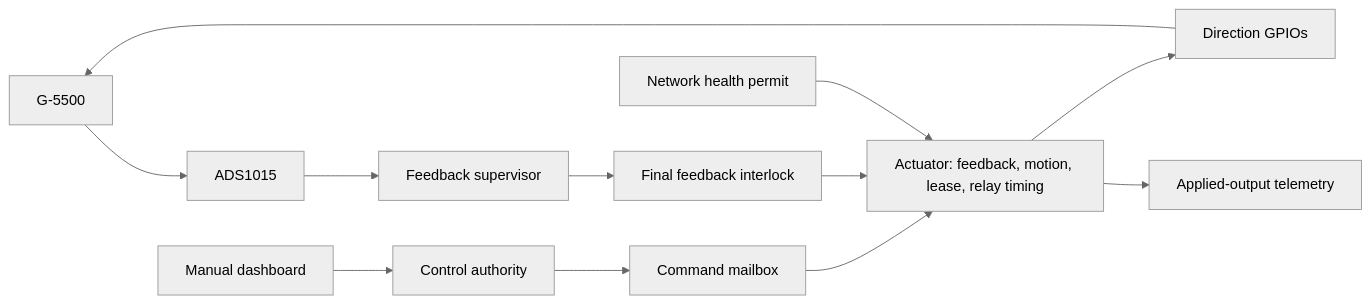
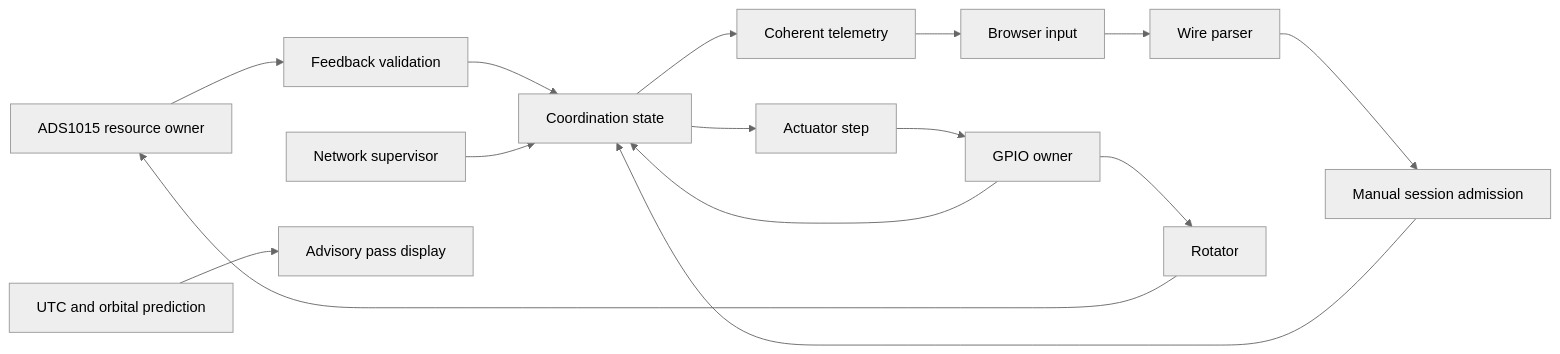
One commit to tteggel/ezal changed the diagram in docs/ARCHITECTURE.md. Above: the diagram before and after it, drawn with Mermaid (neutral theme). The commit also changed other lines of this file and 24 other files, not shown here.

Commit message:
Privatize relay policy and document the final control layers

````diff
--- a/docs/ARCHITECTURE.md
+++ b/docs/ARCHITECTURE.md
@@ -13,14 +14,17 @@
 ```mermaid
 flowchart LR
-    R[G-5500] --> ADC[ADS1015]
-    ADC --> F[Feedback supervisor]
-    F --> I[Final feedback interlock]
-    B[Manual dashboard] --> O[Control authority]
-    O --> M[Command mailbox]
-    M --> G[Actuator: feedback, motion, lease, relay timing]
-    I --> G
-    N[Network health permit] --> G
-    G --> P[Direction GPIOs]
-    P --> R
-    G --> T[Applied-output telemetry]
+    ADC[ADS1015 resource owner] --> F[Feedback validation]
+    F --> C[Coordination state]
+    B[Browser input] --> W[Wire parser]
+    W --> S[Manual session admission]
+    S --> C
+    N[Network supervisor] --> C
+    C --> A[Actuator step]
+    A --> G[GPIO owner]
+    G --> R[Rotator]
+    R --> ADC
+    G --> C
+    C --> T[Coherent telemetry]
+    T --> B
+    P[UTC and orbital prediction] --> D[Advisory pass display]
 ```
````
